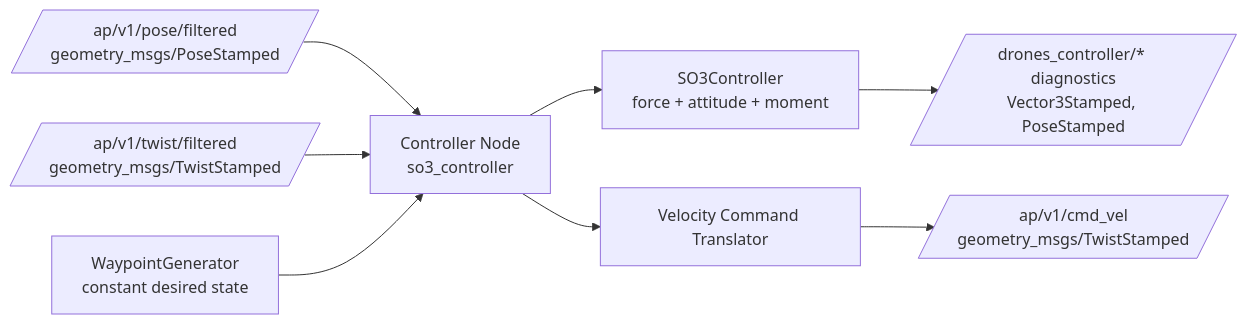
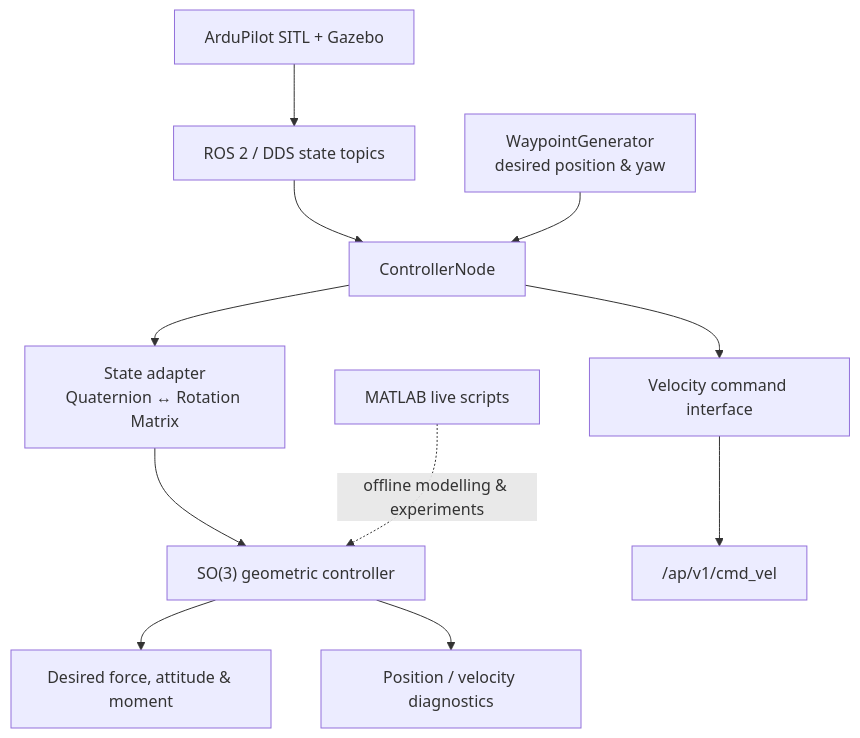
One commit to Ravish2807/Drones_S5_CD2_3D_Mapping_using_normal_monocular_camera_controlling_Visual-Inertial-Odometry-VIO changed the diagram in README.md. Above: the diagram before and after it, drawn with Mermaid. The commit also changed other lines of this file, not shown here.

````diff
--- a/README.md
+++ b/README.md
@@ -118,10 +55,13 @@
 ```mermaid
-flowchart LR
-    A[/ap/v1/pose/filtered\ngeometry_msgs/PoseStamped/] --> B[Controller Node\nso3_controller]
-    C[/ap/v1/twist/filtered\ngeometry_msgs/TwistStamped/] --> B
-    B --> D[SO3Controller\nforce + attitude + moment]
-    D --> E[/drones_controller/* diagnostics\nVector3Stamped, PoseStamped/]
-    B --> F[Velocity Command Translator]
-    F --> G[/ap/v1/cmd_vel\ngeometry_msgs/TwistStamped/]
-    H[WaypointGenerator\nconstant desired state] --> B
+flowchart TD
+    A["ArduPilot SITL + Gazebo"] --> B["ROS 2 / DDS state topics"]
+    B --> C["ControllerNode"]
+    C --> D["State adapter<br/>Quaternion ↔ Rotation Matrix"]
+    D --> E["SO(3) geometric controller"]
+    E --> F["Desired force, attitude & moment"]
+    E --> G["Position / velocity diagnostics"]
+    C --> H["Velocity command interface"]
+    H --> I["/ap/v1/cmd_vel"]
+    J["WaypointGenerator<br/>desired position & yaw"] --> C
+    K["MATLAB live scripts"] -. "offline modelling & experiments" .-> E
 ```
````
